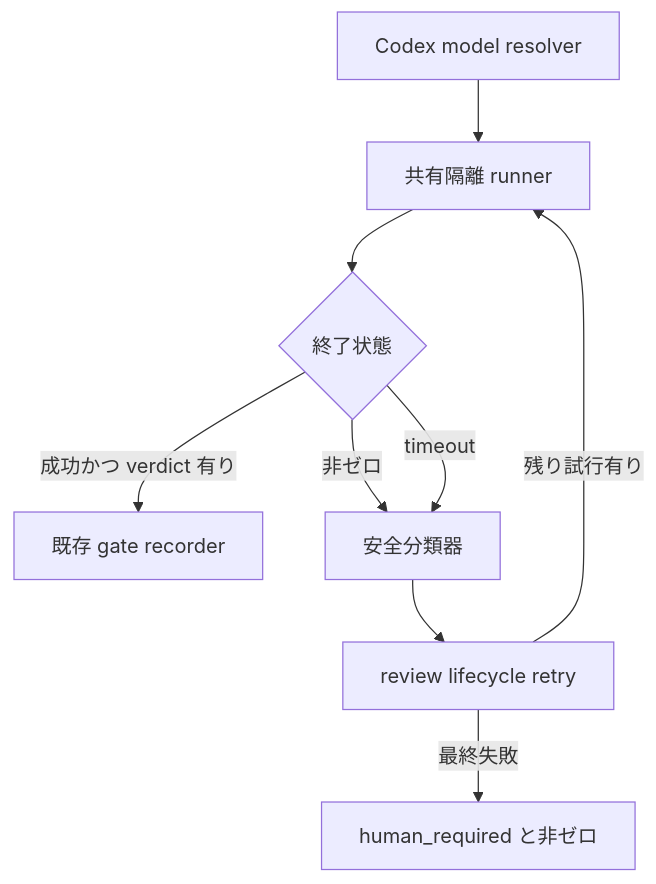
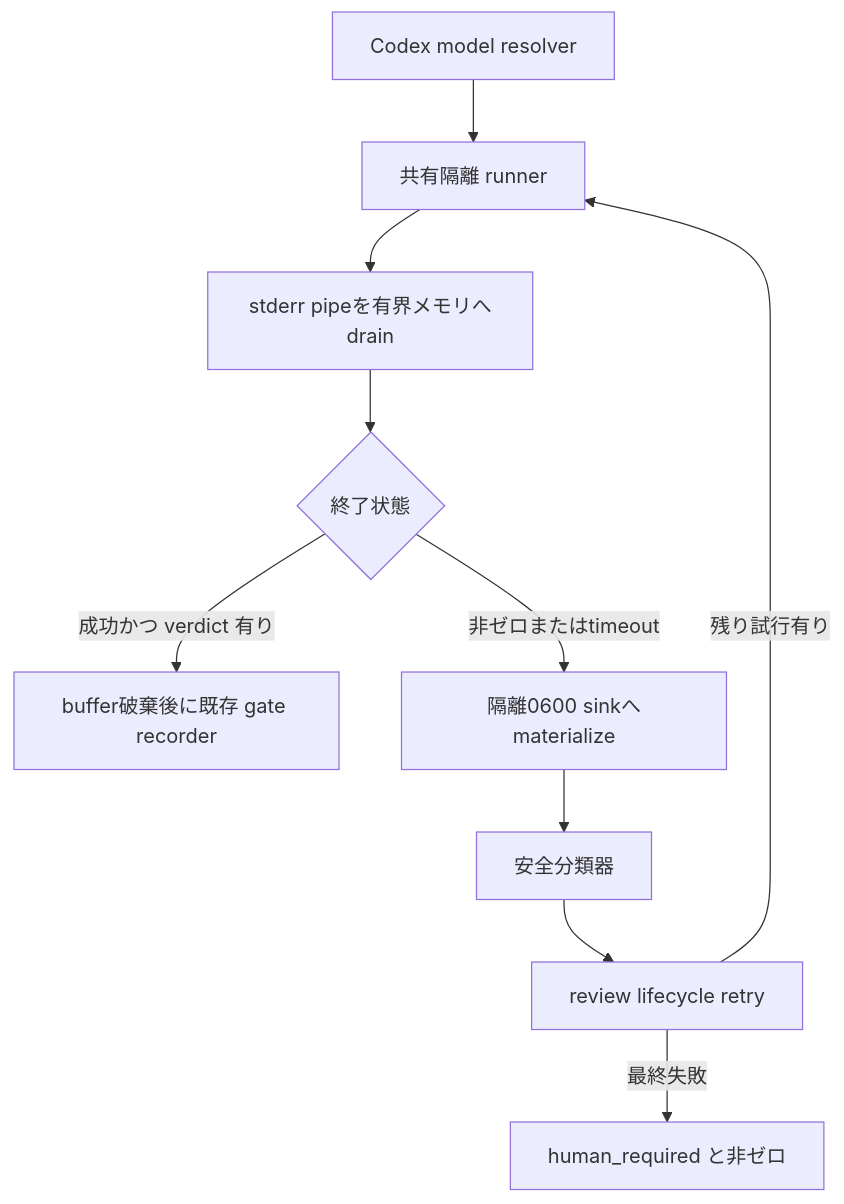
Before and after one commit to techbeansjp-free/AGENTS.md: the diagram in DESIGN.md, drawn with Mermaid. The commit also changed other lines of this file and 2 other files, not shown here.

````diff
--- a/DESIGN.md
+++ b/DESIGN.md
@@ -49,11 +51,12 @@
 ```mermaid
 flowchart TD
   A[Codex model resolver] --> B[共有隔離 runner]
-  B --> C{終了状態}
-  C -->|成功かつ verdict 有り| D[既存 gate recorder]
-  C -->|非ゼロ| E[安全分類器]
-  C -->|timeout| E
-  E --> F[review lifecycle retry]
-  F -->|残り試行有り| B
-  F -->|最終失敗| G[human_required と非ゼロ]
+  B --> C[stderr pipeを有界メモリへdrain]
+  C --> D{終了状態}
+  D -->|成功かつ verdict 有り| E[buffer破棄後に既存 gate recorder]
+  D -->|非ゼロまたはtimeout| F[隔離0600 sinkへmaterialize]
+  F --> G[安全分類器]
+  G --> H[review lifecycle retry]
+  H -->|残り試行有り| B
+  H -->|最終失敗| I[human_required と非ゼロ]
 ```
````
